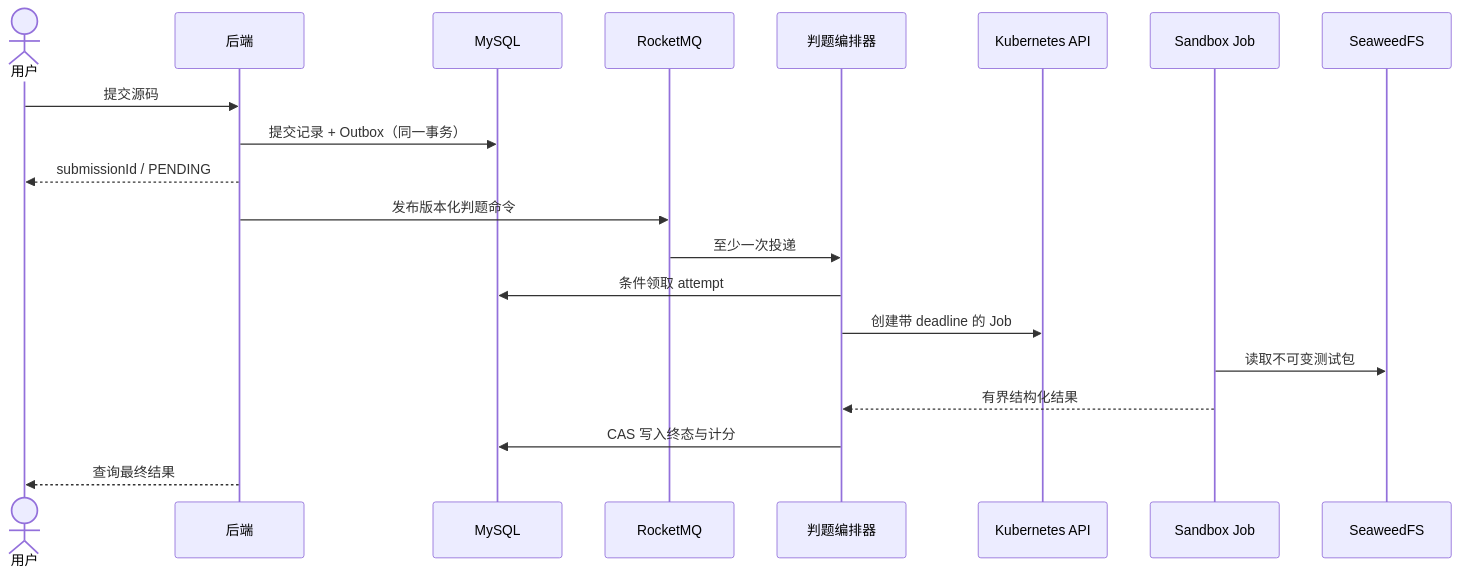
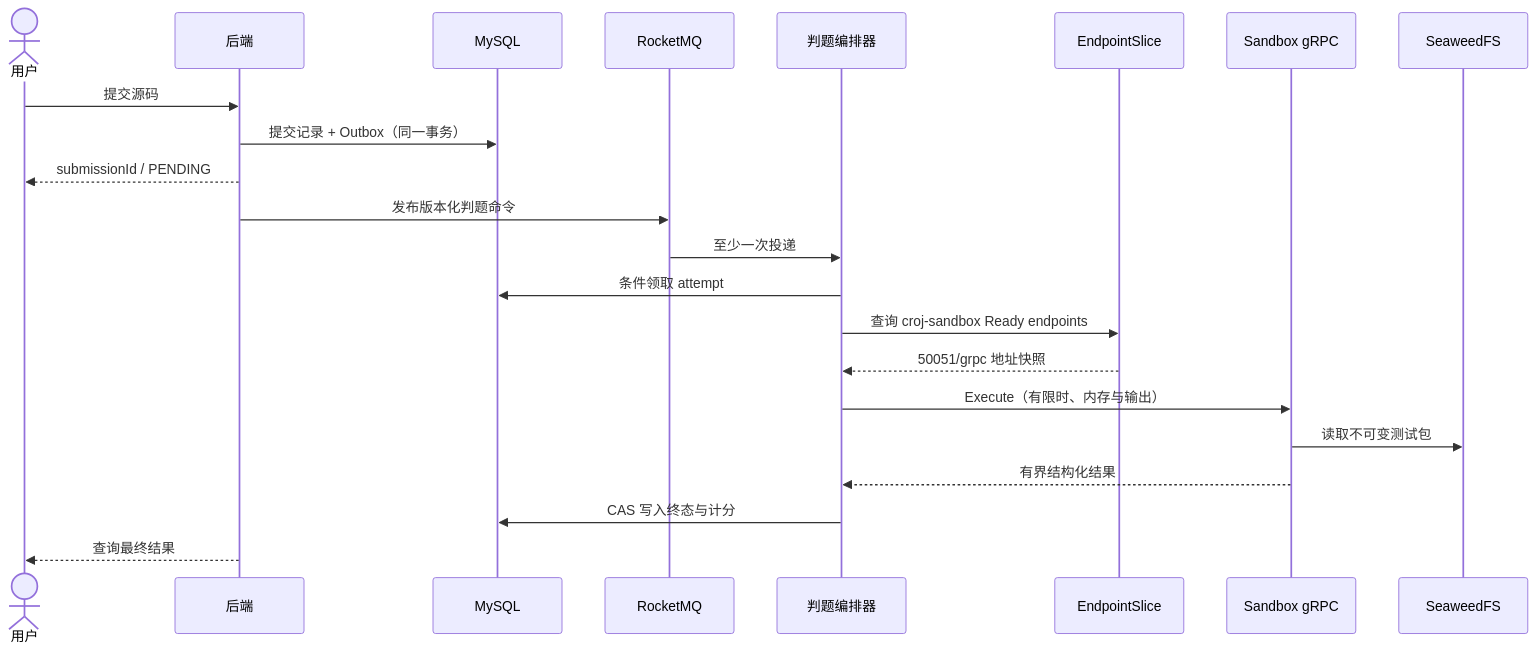
The second of 2 diagrams in docs/architecture/platform.md (CodeRushOJ/croj-platform), drawn with Mermaid before and after one commit. The commit also changed other lines of this file and 16 other files, not shown here.

Commit message:
feat(platform): integrate Kubernetes-native sandbox

````diff
--- a/docs/architecture/platform.md
+++ b/docs/architecture/platform.md
@@ -35,23 +35,25 @@
 ```mermaid
 sequenceDiagram
   actor User as 用户
   participant API as 后端
   participant DB as MySQL
   participant MQ as RocketMQ
   participant Judge as 判题编排器
-  participant K8s as Kubernetes API
-  participant Job as Sandbox Job
+  participant K8s as EndpointSlice
+  participant Sandbox as Sandbox gRPC
   participant S3 as SeaweedFS
 
   User->>API: 提交源码
   API->>DB: 提交记录 + Outbox（同一事务）
   API-->>User: submissionId / PENDING
   API->>MQ: 发布版本化判题命令
   MQ->>Judge: 至少一次投递
   Judge->>DB: 条件领取 attempt
-  Judge->>K8s: 创建带 deadline 的 Job
-  Job->>S3: 读取不可变测试包
-  Job-->>Judge: 有界结构化结果
+  Judge->>K8s: 查询 croj-sandbox Ready endpoints
+  K8s-->>Judge: 50051/grpc 地址快照
+  Judge->>Sandbox: Execute（有限时、内存与输出）
+  Sandbox->>S3: 读取不可变测试包
+  Sandbox-->>Judge: 有界结构化结果
   Judge->>DB: CAS 写入终态与计分
   API-->>User: 查询最终结果
 ```
````
